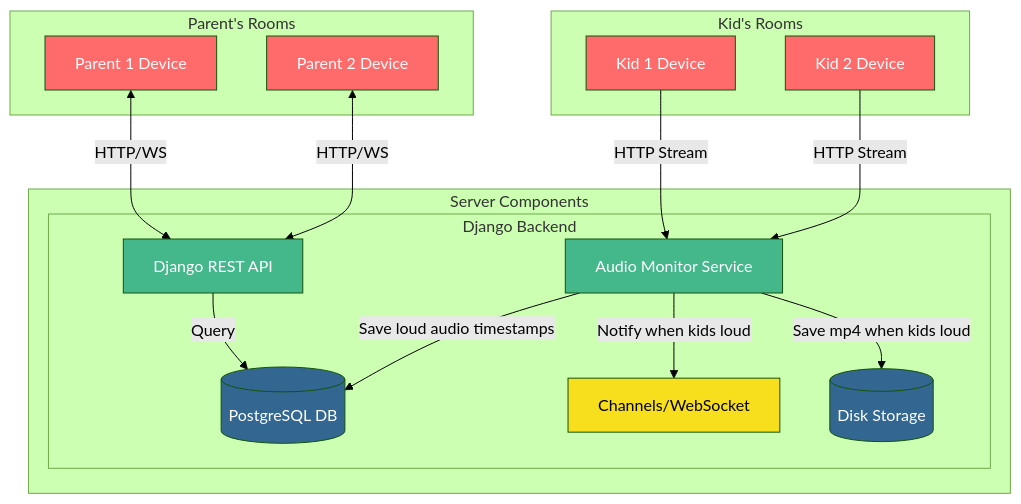
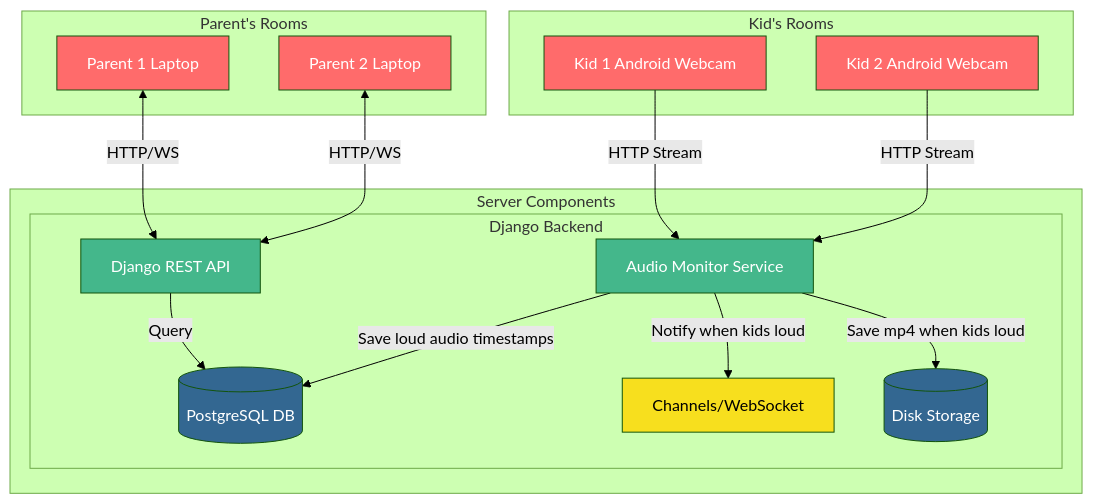
The diagram in README.md (MostlyArmless/babycam-django), drawn with Mermaid (forest theme) before and after one commit.

Commit message:
slight rewording

````diff
--- a/README.md
+++ b/README.md
@@ -17,34 +17,34 @@
 ```mermaid
 graph TB
 
     subgraph "Server Components"
         subgraph "Django Backend"
             AM[Audio Monitor Service] -->|Save loud audio timestamps| DB[(PostgreSQL DB)]
             AM -->|Notify when kids loud| CH[Channels/WebSocket]
             AM -->|Save mp4 when kids loud| DISK[(Disk Storage)]
             
             API[Django REST API] -->|Query| DB
         end
     end
 
     subgraph "Parent's Rooms"
-        P1[Parent 1 Device] <-->|HTTP/WS| API
-        P2[Parent 2 Device] <-->|HTTP/WS| API
+        P1[Parent 1 Laptop] <-->|HTTP/WS| API
+        P2[Parent 2 Laptop] <-->|HTTP/WS| API
     end
 
     subgraph "Kid's Rooms"
-        K1[Kid 1 Device] -->|HTTP Stream| AM
-        K2[Kid 2 Device] -->|HTTP Stream| AM
+        K1[Kid 1 Android Webcam] -->|HTTP Stream| AM
+        K2[Kid 2 Android Webcam] -->|HTTP Stream| AM
     end
 
     
 
     classDef django fill:#44B78B,color:white
     classDef database fill:#336791,color:white
     classDef websocket fill:#F7DF1E,color:black
     classDef device fill:#FF6B6B,color:white
     class AM,API,REC django
     class DB,DISK database
     class CH websocket
     class K1,K2,P1,P2 device
 ```
````
